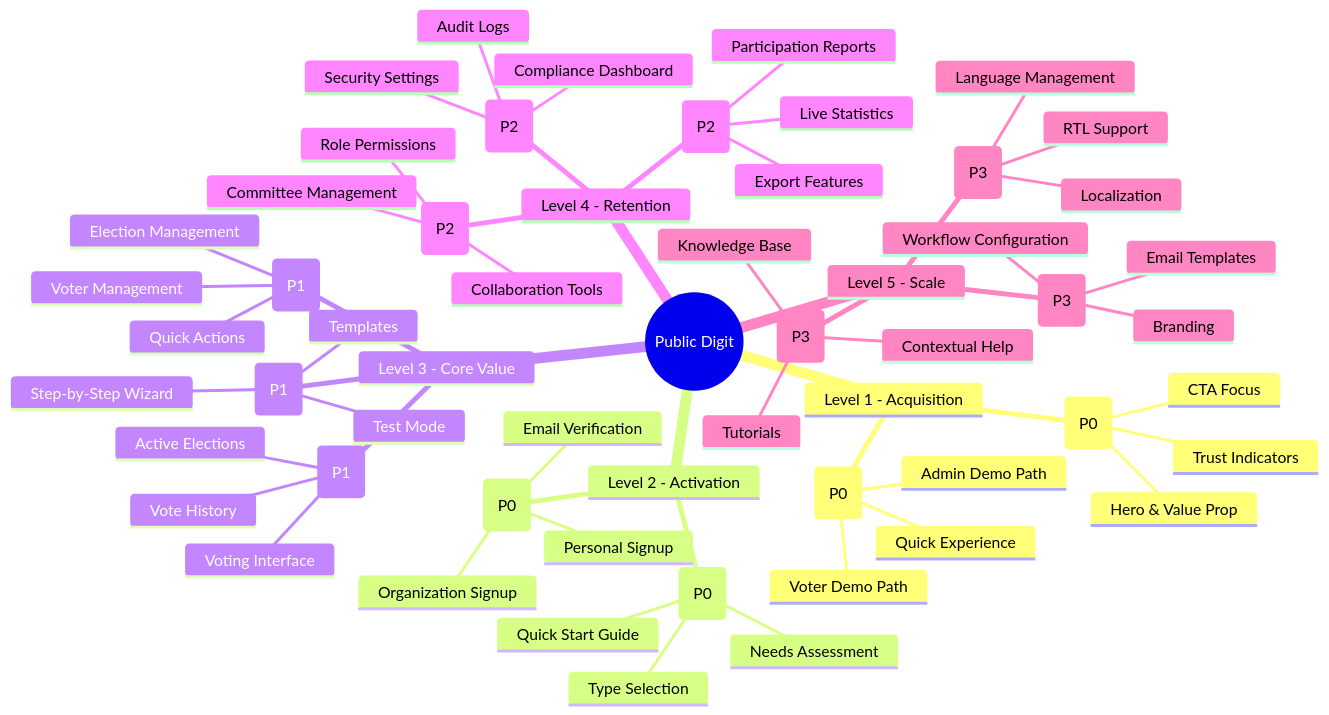
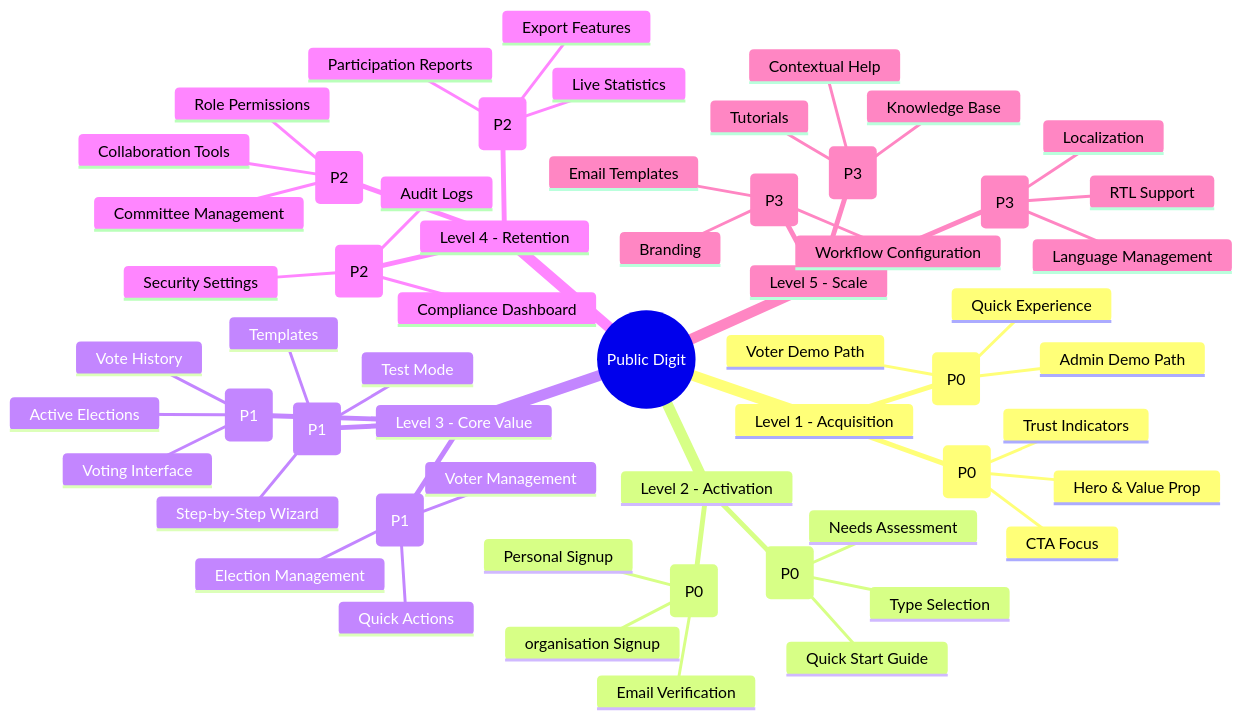
Before and after one commit to dr-roshyara/nrna1: the second of 2 diagrams in architecture/brain_storming/page_structure1.md, drawn with Mermaid. The commit also changed other lines of this file and 379 other files, not shown here.

````diff
--- a/architecture/brain_storming/page_structure1.md
+++ b/architecture/brain_storming/page_structure1.md
@@ -199,74 +199,74 @@
 ```mermaid
 mindmap
   root((Public Digit))
     
     Level 1 - Acquisition
       🏠 Landing Page (P0)
         Hero & Value Prop
         Trust Indicators
         CTA Focus
       
       🎮 Demo Gateway (P0)
         Admin Demo Path
         Voter Demo Path
         Quick Experience
     
     Level 2 - Activation
       🔐 Registration Flow (P0)
         Personal Signup
-        Organization Signup
+        organisation Signup
         Email Verification
       
-      🏢 Organization Onboarding (P0)
+      🏢 organisation Onboarding (P0)
         Type Selection
         Needs Assessment
         Quick Start Guide
     
     Level 3 - Core Value
       👤 User Dashboard (P1)
         Active Elections
         Voting Interface
         Vote History
       
       👑 Admin Dashboard (P1)
         Election Management
         Voter Management
         Quick Actions
       
       ➕ Election Creation (P1)
         Step-by-Step Wizard
         Templates
         Test Mode
     
     Level 4 - Retention
       📊 Analytics (P2)
         Live Statistics
         Participation Reports
         Export Features
       
       👥 Team Features (P2)
         Committee Management
         Role Permissions
         Collaboration Tools
       
       🔒 Security Center (P2)
         Audit Logs
         Compliance Dashboard
         Security Settings
     
     Level 5 - Scale
       ⚙️ Customization (P3)
         Branding
         Email Templates
         Workflow Configuration
       
       📚 Help System (P3)
         Contextual Help
         Tutorials
         Knowledge Base
       
       🌐 Internationalization (P3)
         Language Management
         Localization
         RTL Support
 ```
````
